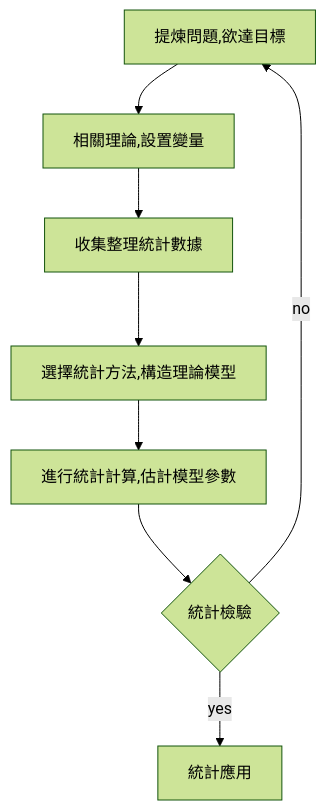
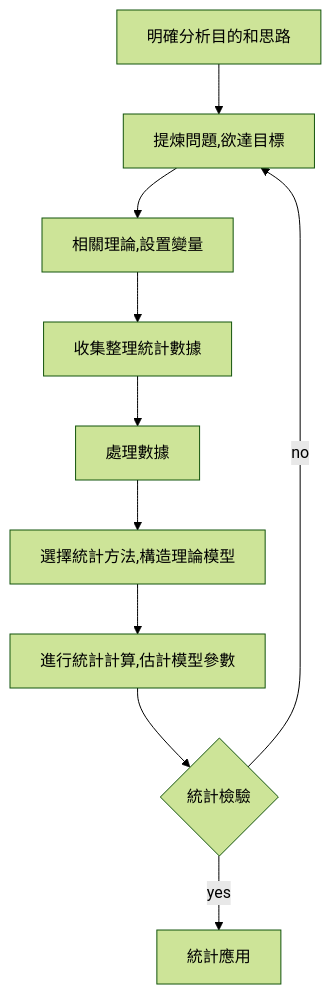
One commit to chchoiw/chchoiw.github.io changed the diagram in _posts/2019-05-08-statistic_analysis.md. Above: the diagram before and after it, drawn with Mermaid (forest theme). The commit also changed other lines of this file, not shown here.

````diff
--- a/_posts/2019-05-08-statistic_analysis.md
+++ b/_posts/2019-05-08-statistic_analysis.md
@@ -65,21 +25,25 @@
 ```mermaid
 graph TB
+id0[明確分析目的和思路]
 id1[提煉問題,欲達目標]
 id2[相關理論,設置變量]
 id3[收集整理統計數據]
+id32[處理數據]
 id4[選擇統計方法,構造理論模型]
 id5[進行統計計算,估計模型參數]
 id6{統計檢驗}
+
 id7[統計應用]
 
-
+id0-->id1
 id1-->id2
 id2-->id3
-id3-->id4
 
+id3-->id32
+id32-->id4
 id4-->id5
 id5-->id6
 id6-->|yes|id7
 id6-->|no|id1
 
 ```
````
